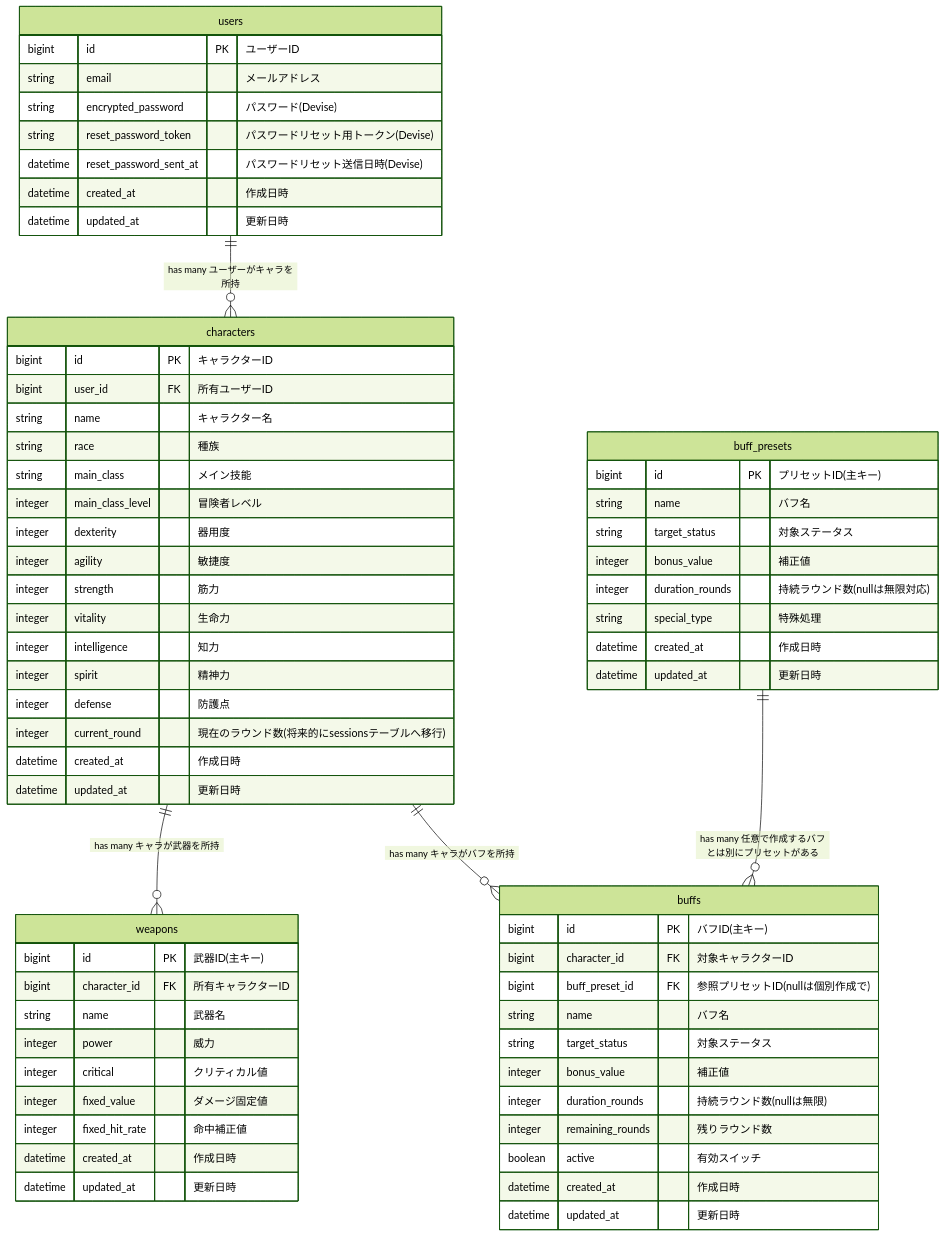
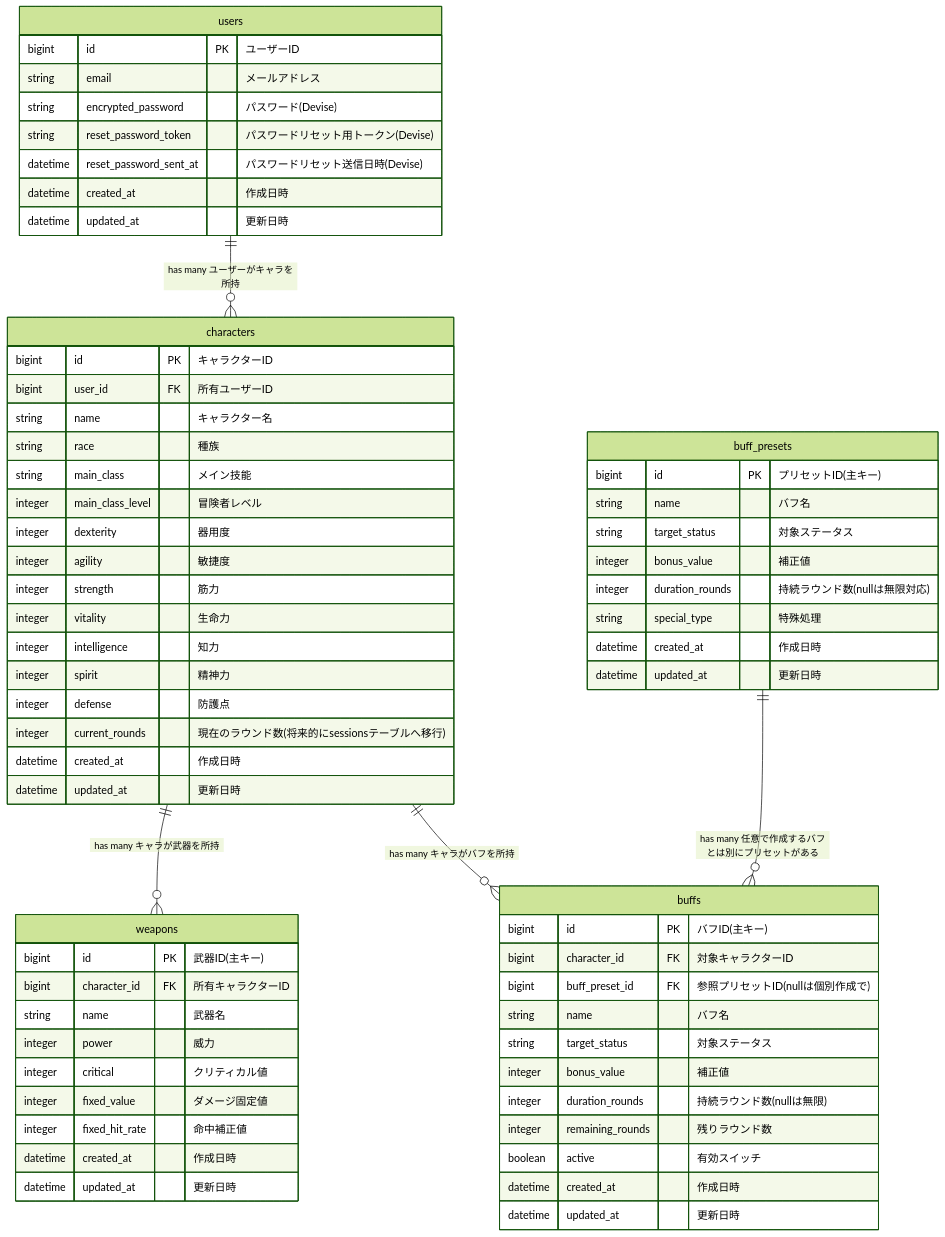
One commit to kouta-wolf/vitals-roll changed the diagram in ER.md. Above: the diagram before and after it, drawn with Mermaid (forest theme). The commit also changed other lines of this file and 2 other files, not shown here.

Commit message:
docs: fix ER図画像をv2に差し替えとcurrent_roundを複数形に修正

````diff
--- a/ER.md
+++ b/ER.md
@@ -15,74 +15,74 @@
 ```mermaid
 erDiagram
 
     users {
         bigint id PK "ユーザーID"
         string email "メールアドレス"
         string encrypted_password "パスワード(Devise)"
         string reset_password_token "パスワードリセット用トークン(Devise)"
         datetime reset_password_sent_at "パスワードリセット送信日時(Devise)"
         datetime created_at "作成日時"
         datetime updated_at "更新日時"
     }
 
     characters {
         bigint id PK "キャラクターID"
         bigint user_id FK "所有ユーザーID"
         string name "キャラクター名"
         string race "種族"
         string main_class "メイン技能"
         integer main_class_level "冒険者レベル"
         integer dexterity "器用度"
         integer agility "敏捷度"
         integer strength "筋力"
         integer vitality "生命力"
         integer intelligence "知力"
         integer spirit "精神力"
         integer defense "防護点"
-        integer current_round "現在のラウンド数(将来的にsessionsテーブルへ移行)"
+        integer current_rounds "現在のラウンド数(将来的にsessionsテーブルへ移行)"
         datetime created_at "作成日時"
         datetime updated_at "更新日時"
     }
 
     weapons {
         bigint id PK "武器ID(主キー)"
         bigint character_id FK "所有キャラクターID"
         string name "武器名"
         integer power "威力"
         integer critical "クリティカル値"
         integer fixed_value "ダメージ固定値"
         integer fixed_hit_rate "命中補正値"
         datetime created_at "作成日時"
         datetime updated_at "更新日時"
     }
 
     buff_presets {
         bigint id PK "プリセットID(主キー)"
         string name "バフ名"
         string target_status "対象ステータス"
         integer bonus_value "補正値"
         integer duration_rounds "持続ラウンド数(nullは無限対応)"
         string special_type "特殊処理"
         datetime created_at "作成日時"
         datetime updated_at "更新日時"
     }
 
     buffs {
         bigint id PK "バフID(主キー)"
         bigint character_id FK "対象キャラクターID"
         bigint buff_preset_id FK "参照プリセットID(nullは個別作成で)"
         string name "バフ名"
         string target_status "対象ステータス"
         integer bonus_value "補正値"
         integer duration_rounds "持続ラウンド数(nullは無限)"
         integer remaining_rounds "残りラウンド数"
         boolean active "有効スイッチ"
         datetime created_at "作成日時"
         datetime updated_at "更新日時"
     }
 
     users ||--o{ characters : "has many ユーザーがキャラを所持"
     characters ||--o{ weapons : "has many キャラが武器を所持"
     characters ||--o{ buffs : "has many キャラがバフを所持"
     buff_presets ||--o{ buffs : "has many 任意で作成するバフとは別にプリセットがある"
 ```
````
